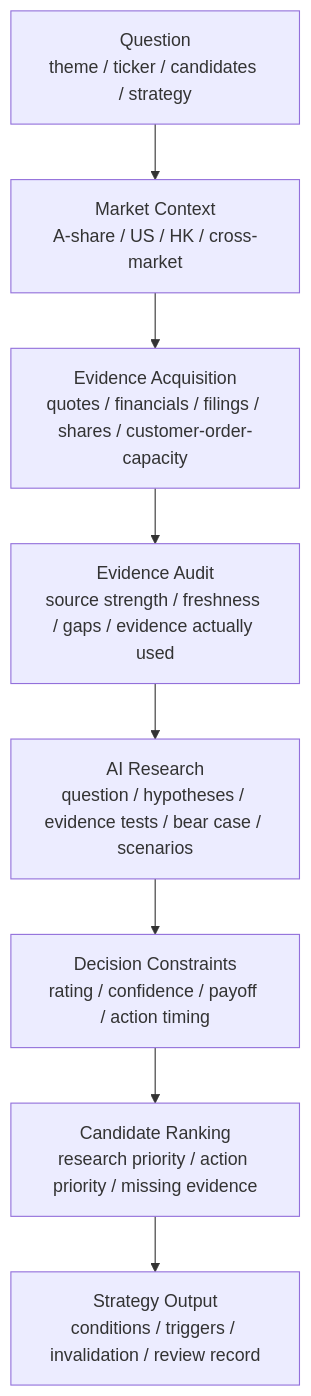
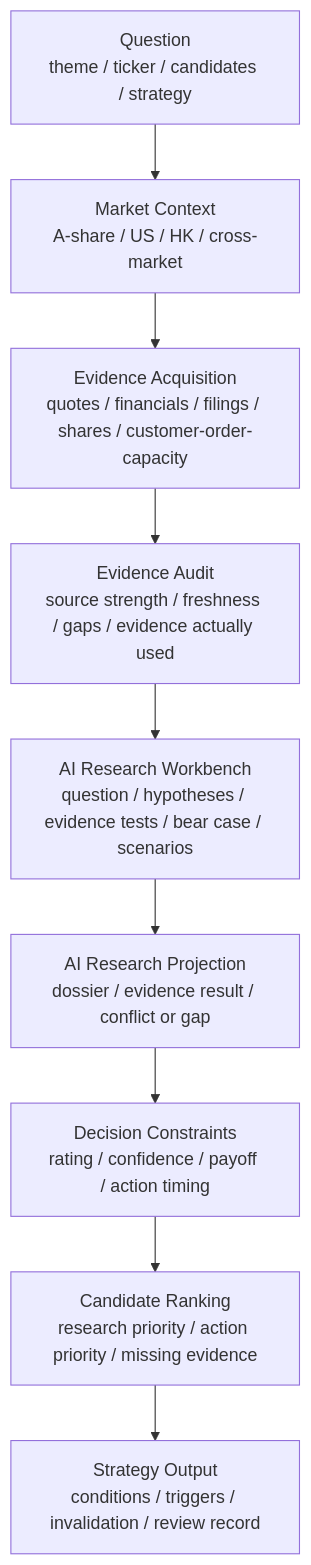
Before and after one commit to lucisxu6-cpu/serenity-chan: the second of 2 diagrams in README.md, drawn with Mermaid. The commit also changed other lines of this file and 20 other files, not shown here.

````diff
--- a/README.md
+++ b/README.md
@@ -168,10 +176,11 @@
 ```mermaid
 flowchart TB
   A["Question<br/>theme / ticker / candidates / strategy"] --> B["Market Context<br/>A-share / US / HK / cross-market"]
   B --> C["Evidence Acquisition<br/>quotes / financials / filings / shares / customer-order-capacity"]
   C --> D["Evidence Audit<br/>source strength / freshness / gaps / evidence actually used"]
-  D --> E["AI Research<br/>question / hypotheses / evidence tests / bear case / scenarios"]
-  E --> F["Decision Constraints<br/>rating / confidence / payoff / action timing"]
-  F --> G["Candidate Ranking<br/>research priority / action priority / missing evidence"]
-  G --> H["Strategy Output<br/>conditions / triggers / invalidation / review record"]
+  D --> E["AI Research Workbench<br/>question / hypotheses / evidence tests / bear case / scenarios"]
+  E --> F["AI Research Projection<br/>dossier / evidence result / conflict or gap"]
+  F --> G["Decision Constraints<br/>rating / confidence / payoff / action timing"]
+  G --> H["Candidate Ranking<br/>research priority / action priority / missing evidence"]
+  H --> I["Strategy Output<br/>conditions / triggers / invalidation / review record"]
 ```
````
